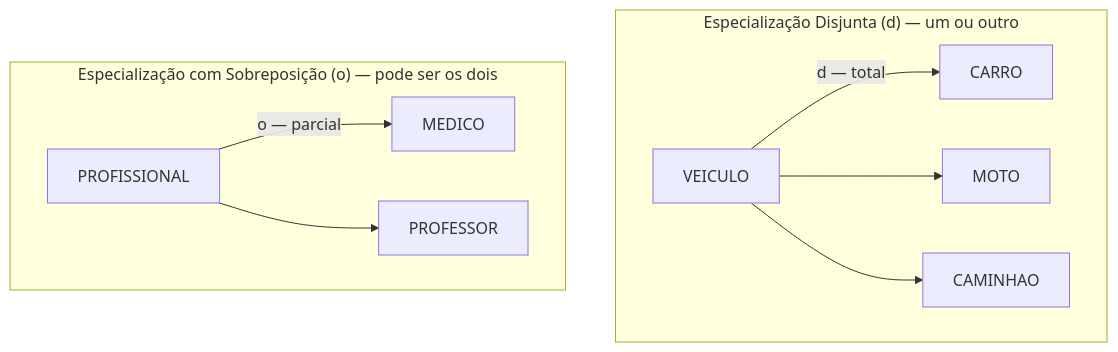
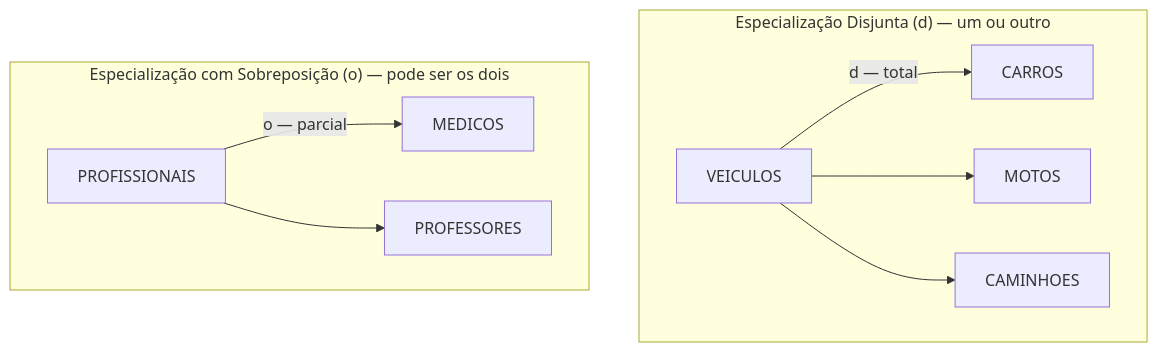
The sixth of 15 diagrams in docs/aulas/Aula_02_Modelagem_Entidades.md (GTI-Fatec-Jahu/BDA-GTI-2026-2), drawn with Mermaid before and after one commit. The commit also changed other lines of this file and 5 other files, not shown here.

````diff
--- a/docs/aulas/Aula_02_Modelagem_Entidades.md
+++ b/docs/aulas/Aula_02_Modelagem_Entidades.md
@@ -260,20 +260,20 @@
 ```mermaid
 flowchart TB
     subgraph DISJUNTA["Especialização Disjunta (d) — um ou outro"]
-        V["VEICULO"]
-        C["CARRO"]
-        M["MOTO"]
-        K["CAMINHAO"]
+        V["VEICULOS"]
+        C["CARROS"]
+        M["MOTOS"]
+        K["CAMINHOES"]
         V -->|"d — total"| C
         V --> M
         V --> K
     end
 
     subgraph SOBREPOSICAO["Especialização com Sobreposição (o) — pode ser os dois"]
-        P["PROFISSIONAL"]
-        MD["MEDICO"]
-        PR["PROFESSOR"]
+        P["PROFISSIONAIS"]
+        MD["MEDICOS"]
+        PR["PROFESSORES"]
         P -->|"o — parcial"| MD
         P --> PR
     end
 ```
````
